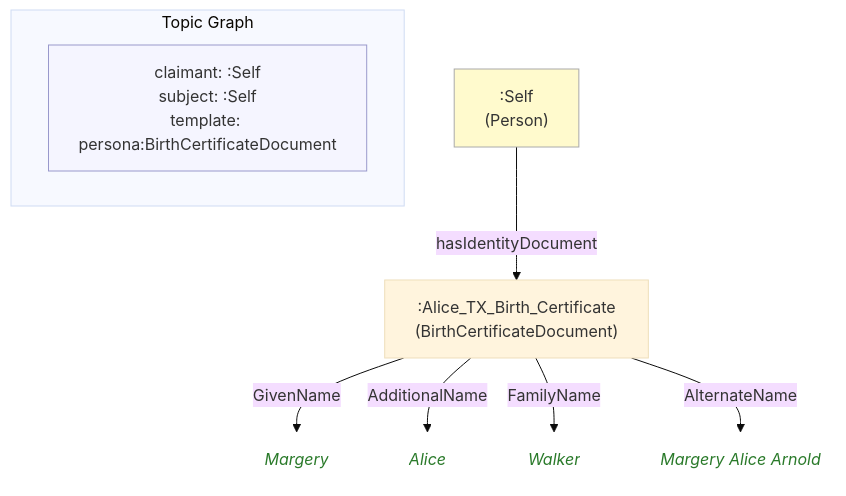
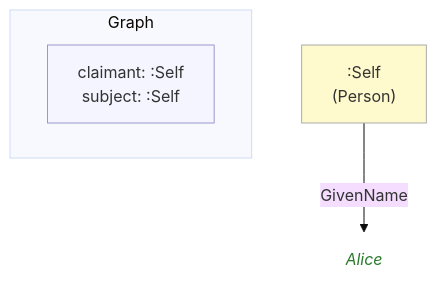
The diagram in example/graphs/images/graph-24.mmd (MeeFoundation/mia-ontologies), drawn with Mermaid (base theme) before and after one commit. The commit also changed 101 other files, not shown here.

```diff
--- a/example/graphs/images/graph-24.mmd
+++ b/example/graphs/images/graph-24.mmd
@@ -1,24 +1,15 @@
 flowchart TD
     classDef person fill:#fffacd,stroke:#aaa,color:#333
-    classDef grp    fill:#d4edda,stroke:#aaa,color:#333
     classDef org    fill:#cce5ff,stroke:#aaa,color:#333
     classDef lit    fill:none,stroke:none,font-style:italic,color:#2a7a2a
     classDef meta   fill:#f5f5ff,stroke:#9999cc,color:#333
 
-    subgraph ctx["Topic Graph"]
+    subgraph ctx["Graph"]
         direction LR
-        ctx_meta["claimant: :Self\nsubject: :Self\ntemplate: persona:BirthCertificateDocument"]:::meta
+        ctx_meta["claimant: :Self\nsubject: :Self"]:::meta
     end
 
-    n0b5b9e968f7f[":Alice_TX_Birth_Certificate\n(BirthCertificateDocument)"]
-    nf978ccc0e8e4("Margery"):::lit
-    ne08f02c5405e("Alice"):::lit
-    n9662bf45f677("Walker"):::lit
-    ncfc433917038("Margery Alice Arnold"):::lit
     ne0c3ba92f1db[":Self\n(Person)"]:::person
+    n25d81d9d6e62("Alice"):::lit
 
-    n0b5b9e968f7f -->|"GivenName"| nf978ccc0e8e4
-    n0b5b9e968f7f -->|"AdditionalName"| ne08f02c5405e
-    n0b5b9e968f7f -->|"FamilyName"| n9662bf45f677
-    n0b5b9e968f7f -->|"AlternateName"| ncfc433917038
-    ne0c3ba92f1db -->|"hasIdentityDocument"| n0b5b9e968f7f
+    ne0c3ba92f1db -->|"GivenName"| n25d81d9d6e62
```
